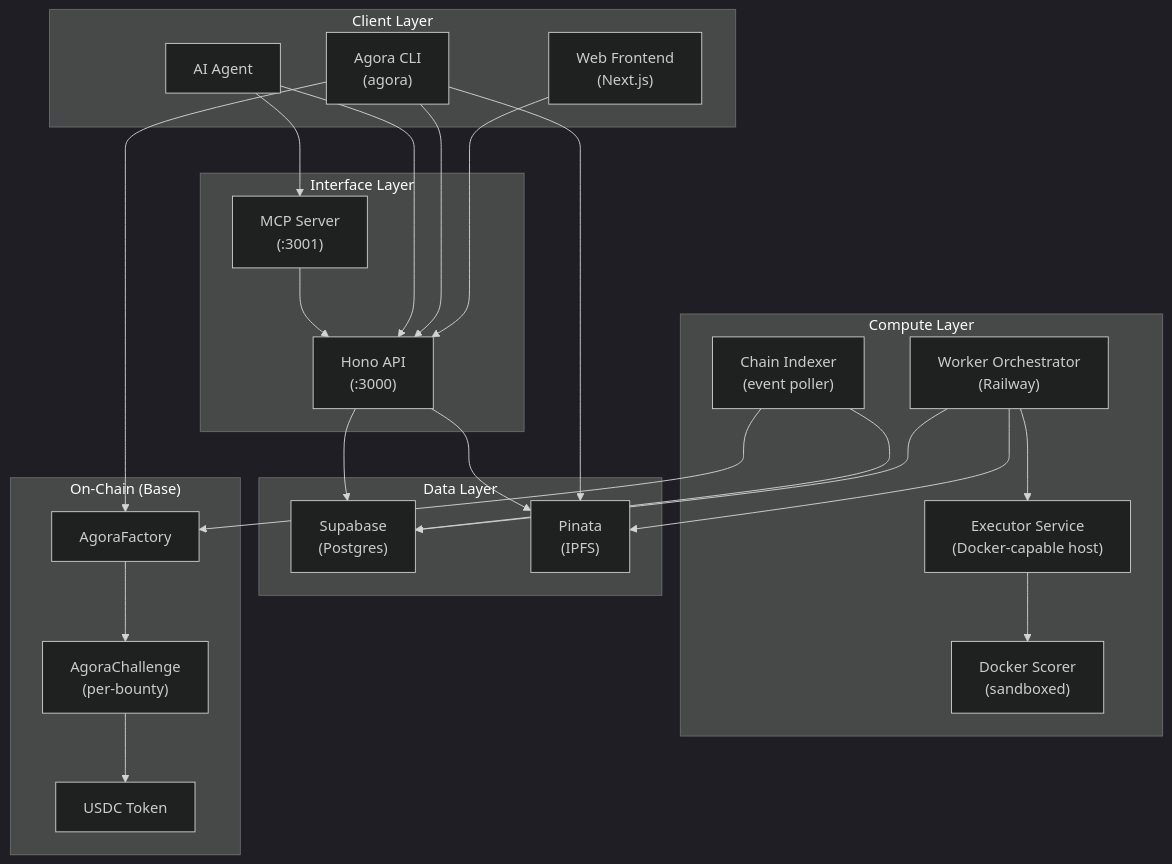
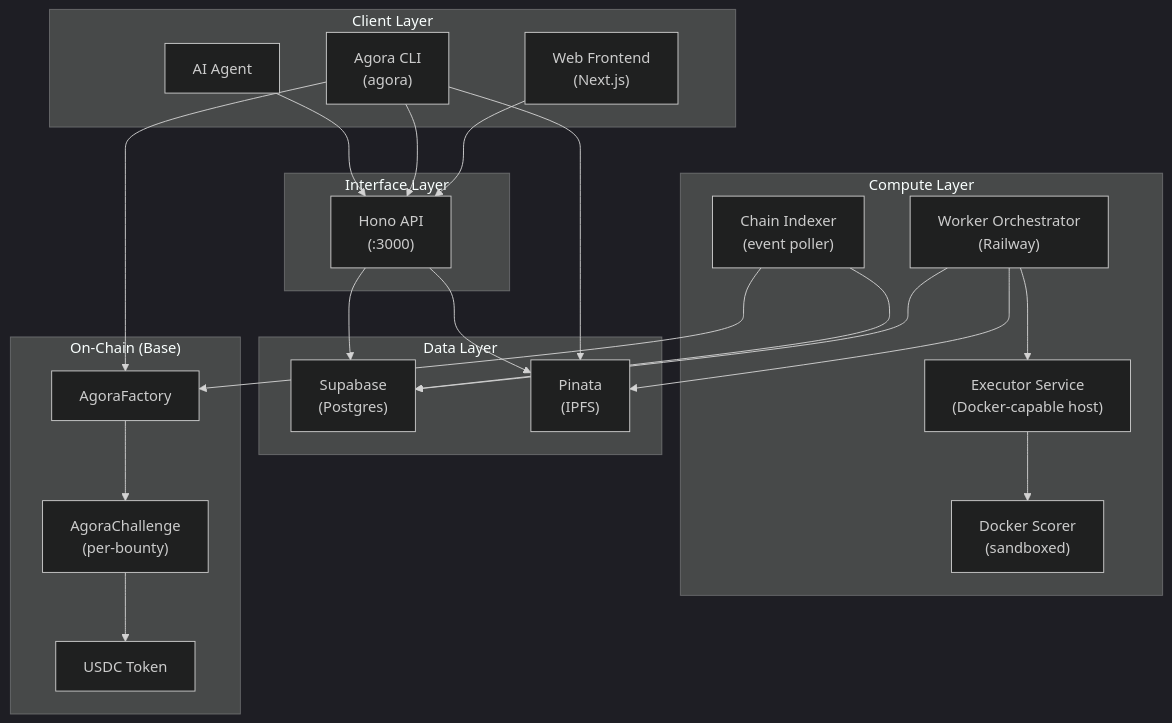
One commit to andymolecule/Hermes changed the first of 13 diagrams in docs/architecture.md. Above: the diagram before and after it, drawn with Mermaid (dark theme). The commit also changed other lines of this file and 166 other files, not shown here.

Commit message:
Hard-cut machine contract cleanup and runtime schema enforcement

````diff
--- a/docs/architecture.md
+++ b/docs/architecture.md
@@ -63,49 +62,46 @@
 ```mermaid
 flowchart TB
     subgraph Clients["Client Layer"]
         Web["Web Frontend<br/>(Next.js)"]
         CLI["Agora CLI<br/>(agora)"]
         Agent["AI Agent"]
     end
 
     subgraph Interfaces["Interface Layer"]
         API["Hono API<br/>(:3000)"]
-        MCP["MCP Server<br/>(:3001)"]
     end
 
     subgraph Data["Data Layer"]
         DB["Supabase<br/>(Postgres)"]
         IPFS["Pinata<br/>(IPFS)"]
     end
 
     subgraph Compute["Compute Layer"]
         Orchestrator["Worker Orchestrator<br/>(Railway)"]
         Executor["Executor Service<br/>(Docker-capable host)"]
         Scorer["Docker Scorer<br/>(sandboxed)"]
         Indexer["Chain Indexer<br/>(event poller)"]
     end
 
     subgraph Chain["On-Chain (Base)"]
         Factory["AgoraFactory"]
         Challenge["AgoraChallenge<br/>(per-bounty)"]
         USDC["USDC Token"]
     end
 
     Web --> API
     CLI --> API
     CLI --> Factory
     CLI --> IPFS
     Agent --> API
-    Agent --> MCP
-    MCP --> API
     API --> DB
     API --> IPFS
     Orchestrator --> DB
     Orchestrator --> IPFS
     Orchestrator --> Executor
     Executor --> Scorer
     Indexer --> Factory
     Indexer --> DB
     Factory --> Challenge
     Challenge --> USDC
 ```
````
